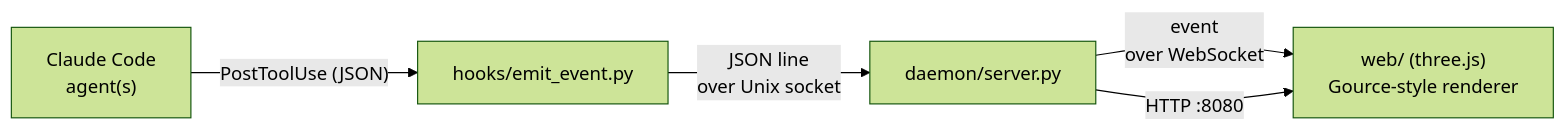
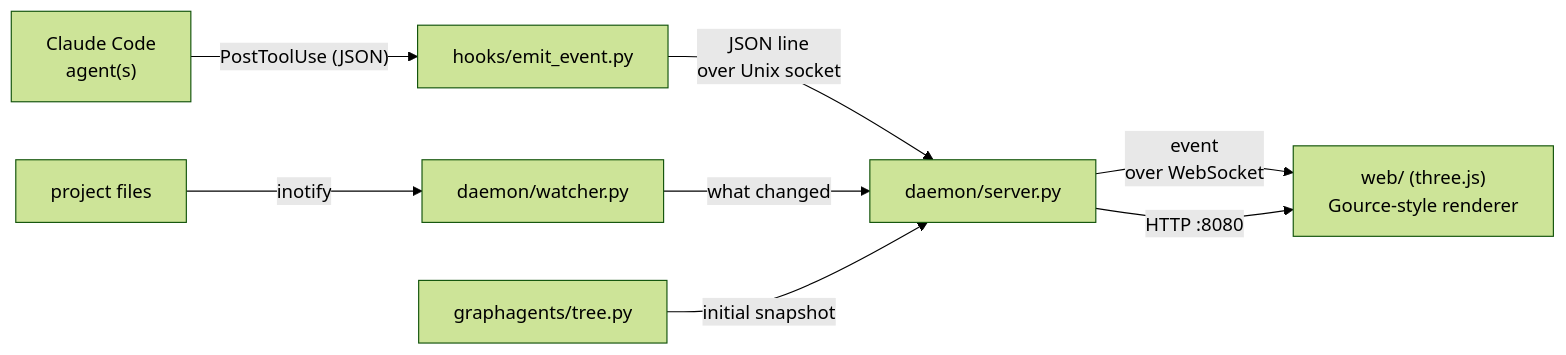
Before and after one commit to BrunoCremaFerreira/graph-agents: the diagram in README.md, drawn with Mermaid (forest theme). The commit also changed other lines of this file and 20 other files, not shown here.

````diff
--- a/README.md
+++ b/README.md
@@ -22,7 +22,10 @@
 ```mermaid
 flowchart LR
     A["Claude Code<br/>agent(s)"] -->|"PostToolUse (JSON)"| B["hooks/emit_event.py"]
     B -->|"JSON line<br/>over Unix socket"| C["daemon/server.py"]
+    F["project files"] -->|"inotify"| W["daemon/watcher.py"]
+    W -->|"what changed"| C
+    T["graphagents/tree.py"] -->|"initial snapshot"| C
     C -->|"event<br/>over WebSocket"| D["web/ (three.js)<br/>Gource-style renderer"]
     C -->|"HTTP :8080"| D
 ```
````
